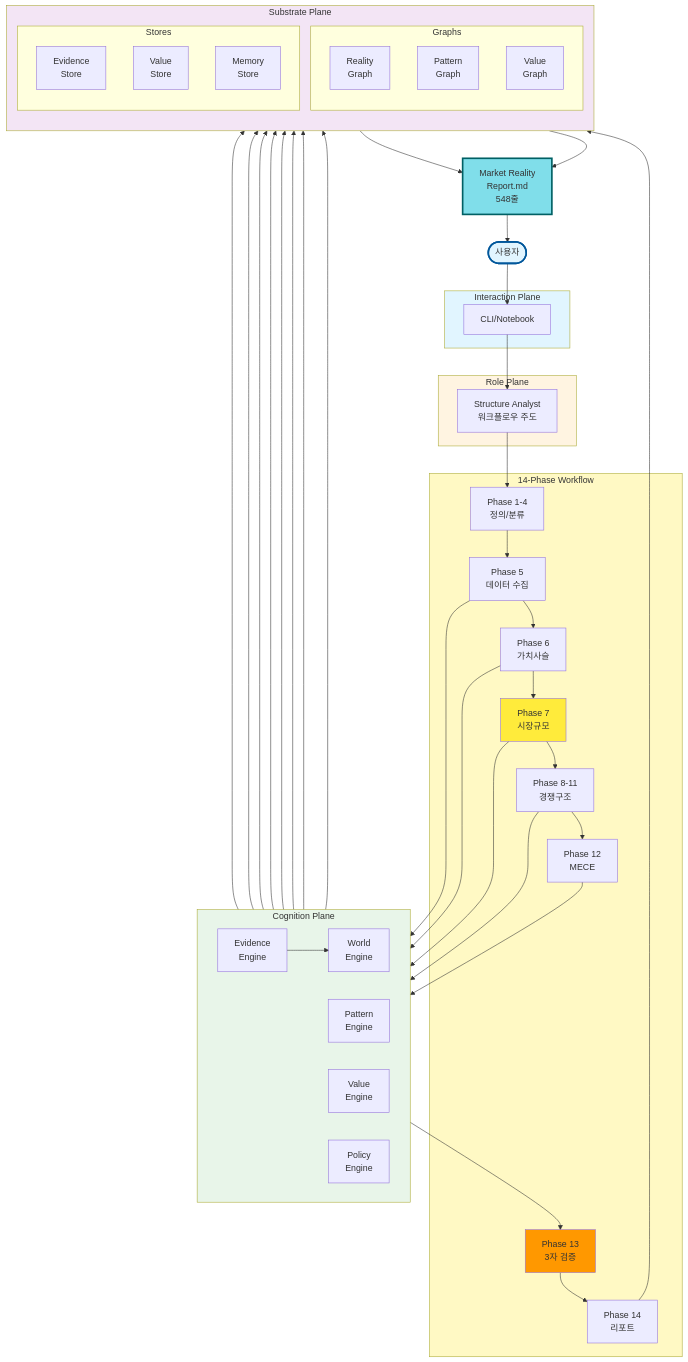
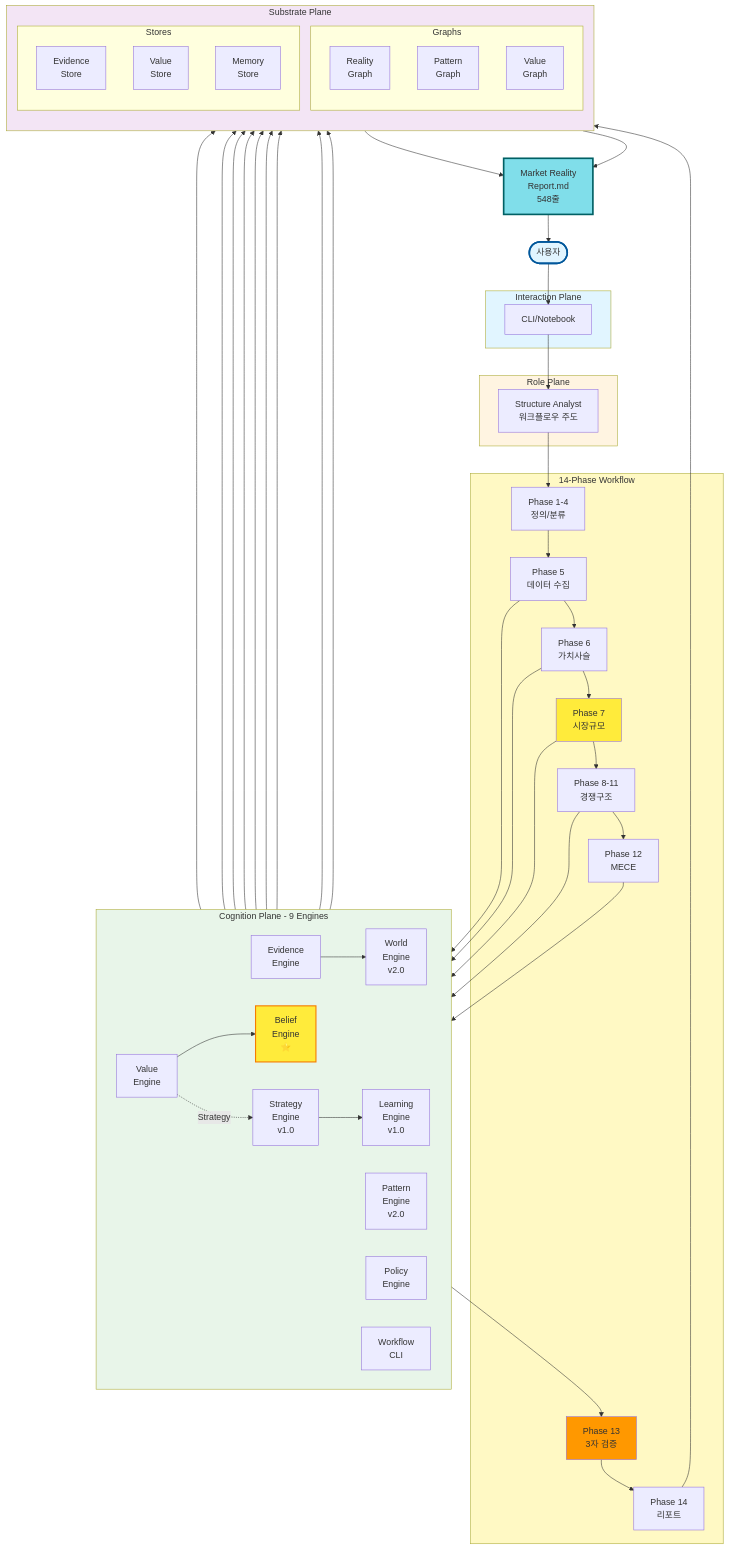
Diagram 12 of 15 in dev/docs/implementation/CMIS_Structure_Analysis_Diagrams.md (kangminlee-maker/cmis-v2), drawn with Mermaid before and after one commit. The commit also changed other lines of this file and 154 other files, not shown here.

First line of the commit message:
feat: BeliefEngine v1.0 완성 - CMIS 100% 달성

````diff
--- a/dev/docs/implementation/CMIS_Structure_Analysis_Diagrams.md
+++ b/dev/docs/implementation/CMIS_Structure_Analysis_Diagrams.md
@@ -848,13 +874,17 @@
         P14[Phase 14<br/>리포트]
     end
     
-    subgraph COGNITION[Cognition Plane]
+    subgraph COGNITION[Cognition Plane - 9 Engines]
         direction LR
         EE[Evidence<br/>Engine]
-        WE[World<br/>Engine]
-        PE[Pattern<br/>Engine]
+        WE[World<br/>Engine<br/>v2.0]
+        PE[Pattern<br/>Engine<br/>v2.0]
         VE[Value<br/>Engine]
+        BE[Belief<br/>Engine<br/>⭐]
+        SE[Strategy<br/>Engine<br/>v1.0]
+        LE[Learning<br/>Engine<br/>v1.0]
         POL[Policy<br/>Engine]
+        WF[Workflow<br/>CLI]
     end
     
     subgraph SUBSTRATE[Substrate Plane]
@@ -894,11 +924,15 @@
     P7 --> VE
     VE --> RG
     VE --> PG
+    VE --> BE
+    BE --> VG
     VE --> VG
     VE --> VLS
     
     P7 --> P8_11
     P8_11 --> VE
+    VE -.Strategy.-> SE
+    SE --> LE
     
     P8_11 --> P12
     P12 --> POL
@@ -920,4 +954,5 @@
     style SUBSTRATE fill:#f3e5f5
     style P7 fill:#ffeb3b
     style P13 fill:#ff9800
+    style BE fill:#ffeb3b,stroke:#f57c00,stroke-width:2px
 ```
````
